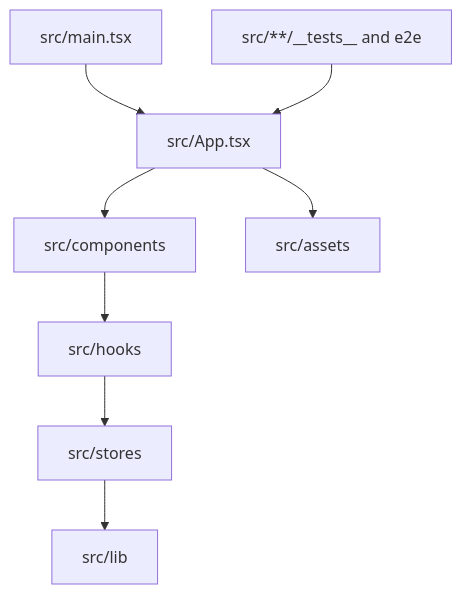
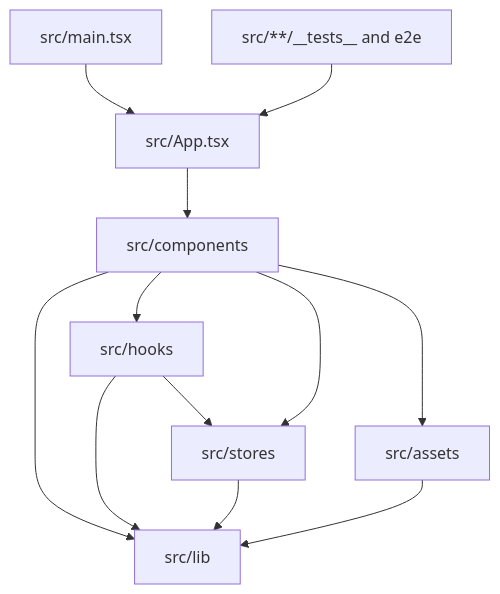
Before and after one commit to neogenz/screenforge: the diagram in aidd_docs/memory/codebase-map.md, drawn with Mermaid. The commit also changed other lines of this file and 23 other files, not shown here.

````diff
--- a/aidd_docs/memory/codebase-map.md
+++ b/aidd_docs/memory/codebase-map.md
@@ -3,10 +3,14 @@
 ```mermaid
 flowchart TD
     Entry["src/main.tsx"] --> App["src/App.tsx"]
     App --> Components["src/components"]
     Components --> Hooks["src/hooks"]
     Hooks --> Stores["src/stores"]
+    Components --> Stores
+    Components --> Lib["src/lib"]
+    Hooks --> Lib
     Stores --> Lib["src/lib"]
-    App --> Assets["src/assets"]
+    Components --> Assets["src/assets"]
+    Assets --> Lib
     Tests["src/**/__tests__ and e2e"] --> App
 ```
````
